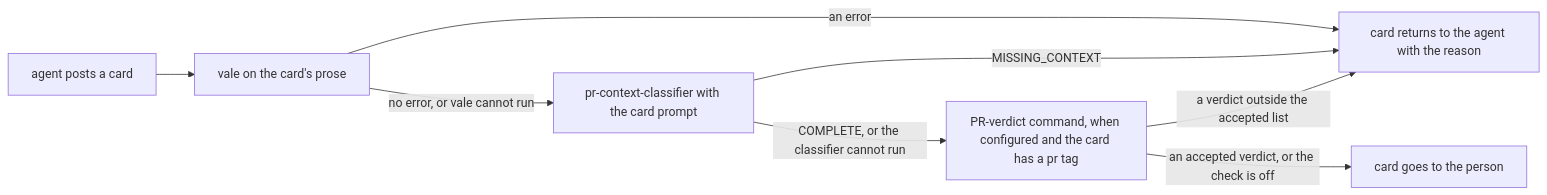
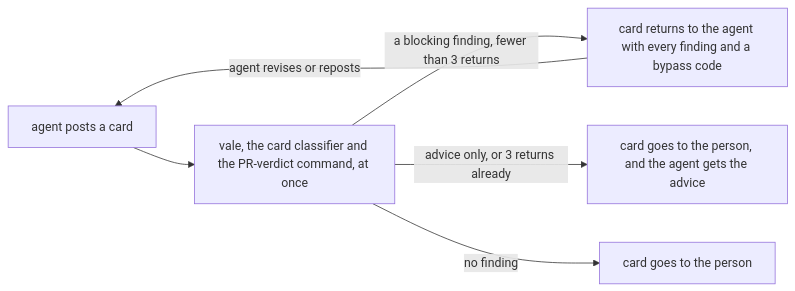
One commit to elecnix/your-attention changed the diagram in examples/triage-agent/README.md. Above: the diagram before and after it, drawn with Mermaid. The commit also changed other lines of this file and 20 other files, not shown here.

First line of the commit message:
Run every triage check on each card, give all findings at once, and add advice, a return limit and a bypass code

````diff
--- a/examples/triage-agent/README.md
+++ b/examples/triage-agent/README.md
@@ -5,10 +5,8 @@
 ```mermaid
 flowchart LR
-  A["agent posts a card"] --> B["vale on the card's prose"]
-  B -- "an error" --> R["card returns to the agent with the reason"]
-  B -- "no error, or vale cannot run" --> C["pr-context-classifier with the card prompt"]
-  C -- "MISSING_CONTEXT" --> R
-  C -- "COMPLETE, or the classifier cannot run" --> D["PR-verdict command, when configured and the card has a pr tag"]
-  D -- "a verdict outside the accepted list" --> R
-  D -- "an accepted verdict, or the check is off" --> P["card goes to the person"]
+  A["agent posts a card"] --> B["vale, the card classifier and the PR-verdict command, at once"]
+  B -- "a blocking finding, fewer than 3 returns" --> R["card returns to the agent with every finding and a bypass code"]
+  B -- "advice only, or 3 returns already" --> V["card goes to the person, and the agent gets the advice"]
+  B -- "no finding" --> P["card goes to the person"]
+  R -- "agent revises or reposts" --> A
 ```
````
